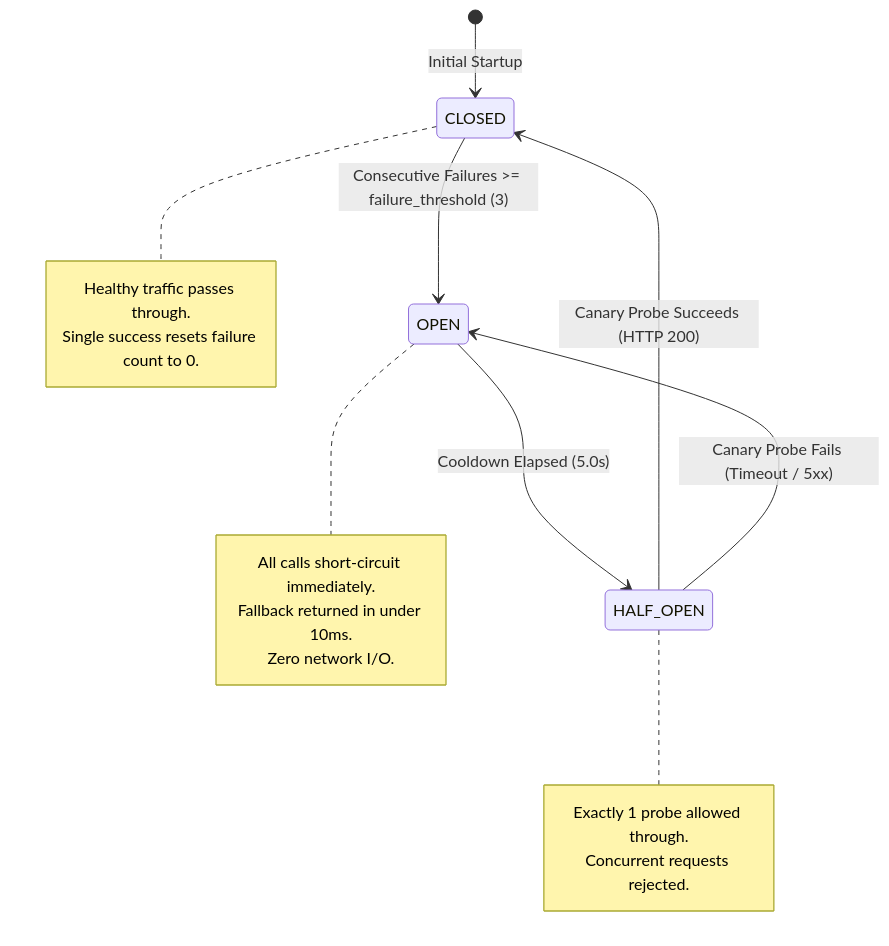
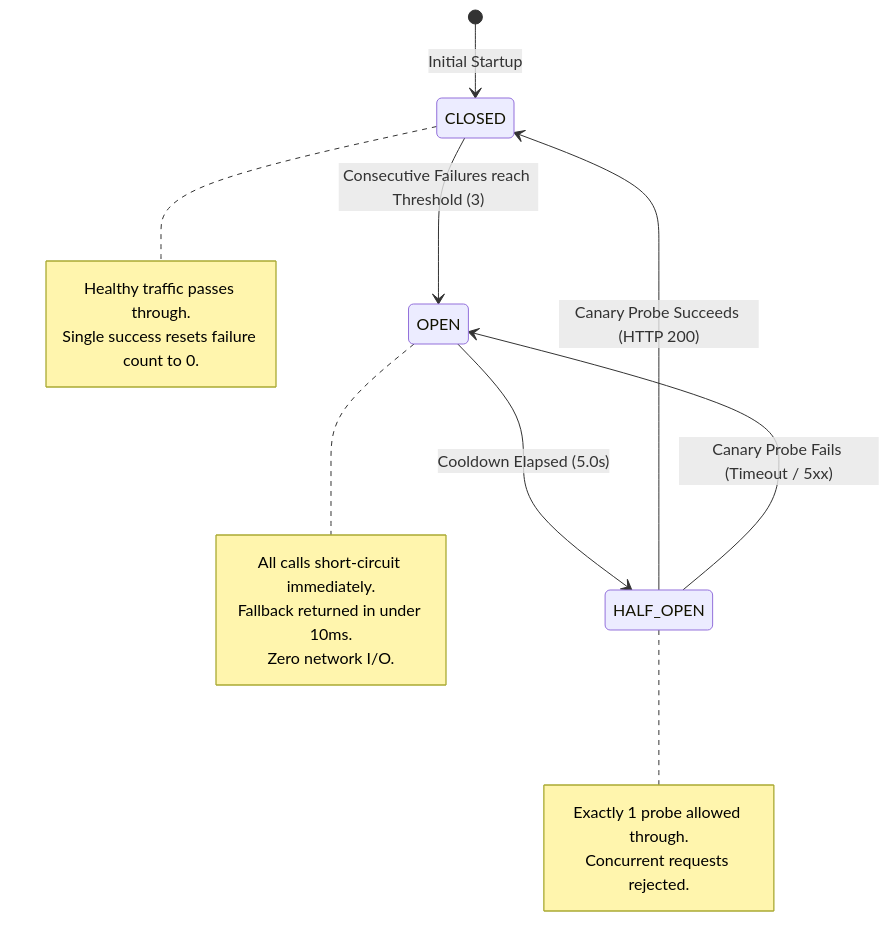
Before and after one commit to yodh4/ubiquitous-parakeet: the second of 2 diagrams in docs/milestone-2/05-implementation-guide.md, drawn with Mermaid. The commit also changed 5 other files, not shown here.

Commit message:
Docs: Apply distinctive high-contrast color styling to README and all milestone-2 diagrams

````diff
--- a/docs/milestone-2/05-implementation-guide.md
+++ b/docs/milestone-2/05-implementation-guide.md
@@ -190,24 +190,24 @@
 ```mermaid
 stateDiagram-v2
     [*] --> CLOSED: Initial Startup
 
-    CLOSED --> OPEN: Consecutive Failures >= failure_threshold (3)
+    CLOSED --> OPEN: Consecutive Failures reach Threshold (3)
     note right of CLOSED
       Healthy traffic passes through.
       Single success resets failure count to 0.
     end note
 
     OPEN --> HALF_OPEN: Cooldown Elapsed (5.0s)
     note right of OPEN
       All calls short-circuit immediately.
       Fallback returned in under 10ms.
       Zero network I/O.
     end note
 
     HALF_OPEN --> CLOSED: Canary Probe Succeeds (HTTP 200)
     HALF_OPEN --> OPEN: Canary Probe Fails (Timeout / 5xx)
     note right of HALF_OPEN
       Exactly 1 probe allowed through.
       Concurrent requests rejected.
     end note
 ```
````
